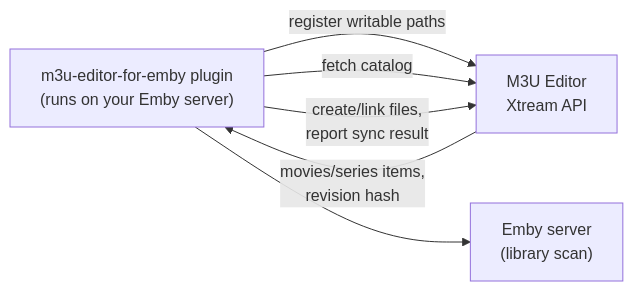
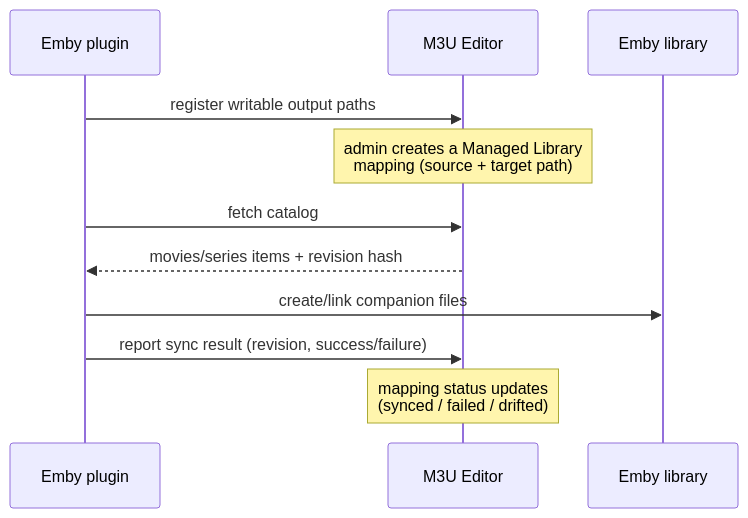
The diagram in docs/integrations/emby_library_publishing.md (m3ue/m3u-editor-docs-v2), drawn with Mermaid before and after one commit.

Commit message:
chore: Fix mermaid diagrams on advanced Emby integration

````diff
--- a/docs/integrations/emby_library_publishing.md
+++ b/docs/integrations/emby_library_publishing.md
@@ -21,8 +21,14 @@
 ```mermaid
-flowchart LR
-    Plugin["m3u-editor-for-emby plugin<br/>(runs on your Emby server)"] -->|"register writable paths"| M3UE["M3U Editor<br/>Xtream API"]
-    Plugin -->|"fetch catalog"| M3UE
-    M3UE -->|"movies/series items,<br/>revision hash"| Plugin
-    Plugin -->|"create/link files,<br/>report sync result"| M3UE
-    Plugin --> Emby["Emby server<br/>(library scan)"]
+sequenceDiagram
+    participant Plugin as Emby plugin
+    participant M3UE as M3U Editor
+    participant Emby as Emby library
+
+    Plugin->>M3UE: register writable output paths
+    Note over M3UE: admin creates a Managed Library<br/>mapping (source + target path)
+    Plugin->>M3UE: fetch catalog
+    M3UE-->>Plugin: movies/series items + revision hash
+    Plugin->>Emby: create/link companion files
+    Plugin->>M3UE: report sync result (revision, success/failure)
+    Note over M3UE: mapping status updates<br/>(synced / failed / drifted)
 ```
````
